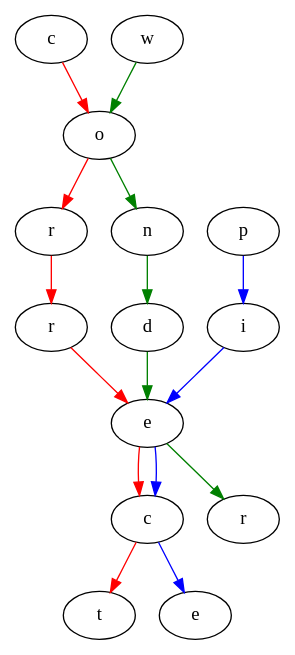
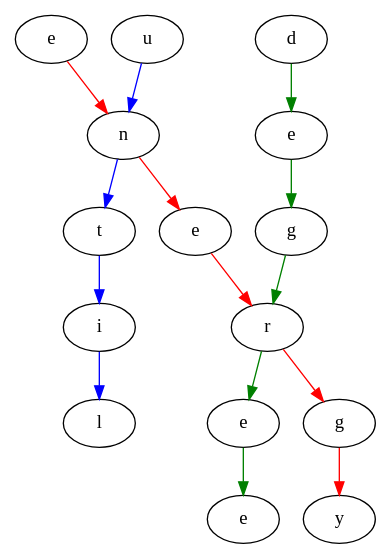
The diagram in generate_boards/Digraph.gv (MaxMcF/SwitchWords), drawn with Graphviz before and after one commit. The commit also changed 5 other files, not shown here.

```diff
--- a/generate_boards/Digraph.gv
+++ b/generate_boards/Digraph.gv
@@ -1,35 +1,33 @@
 digraph {
-	"c.a94aa447-4631-4d91-a078-b80f2ec21a9c" [label=c]
-	"o.db177d8e-3cf4-4e8c-8023-016a7ab269c9" [label=o]
-	"r.ca4af6cc-b1bc-4283-88be-fd1113e9d3c7" [label=r]
-	"r.4be05abc-5faf-46a9-a6c8-fe3fe1df8d4d" [label=r]
-	"e.24f025b6-8067-4d75-840d-851cdb6d9307" [label=e]
-	"c.a38530ea-ed0f-4f14-aa30-8a587fb360ef" [label=c]
-	"t.47f79e48-8621-49c5-a699-eb57141b8e4a" [label=t]
-	"c.a94aa447-4631-4d91-a078-b80f2ec21a9c" -> "o.db177d8e-3cf4-4e8c-8023-016a7ab269c9" [color=red]
-	"o.db177d8e-3cf4-4e8c-8023-016a7ab269c9" -> "r.ca4af6cc-b1bc-4283-88be-fd1113e9d3c7" [color=red]
-	"r.ca4af6cc-b1bc-4283-88be-fd1113e9d3c7" -> "r.4be05abc-5faf-46a9-a6c8-fe3fe1df8d4d" [color=red]
-	"r.4be05abc-5faf-46a9-a6c8-fe3fe1df8d4d" -> "e.24f025b6-8067-4d75-840d-851cdb6d9307" [color=red]
-	"e.24f025b6-8067-4d75-840d-851cdb6d9307" -> "c.a38530ea-ed0f-4f14-aa30-8a587fb360ef" [color=red]
-	"c.a38530ea-ed0f-4f14-aa30-8a587fb360ef" -> "t.47f79e48-8621-49c5-a699-eb57141b8e4a" [color=red]
-	"p.b0ee84e0-2495-4465-99ba-223a37bc65d3" [label=p]
-	"i.1dba173d-8dd7-434a-94a7-231f7c683614" [label=i]
-	"e.24f025b6-8067-4d75-840d-851cdb6d9307" [label=e]
-	"c.a38530ea-ed0f-4f14-aa30-8a587fb360ef" [label=c]
-	"e.779abad6-012b-49c8-a9b8-8d066bb9cc03" [label=e]
-	"p.b0ee84e0-2495-4465-99ba-223a37bc65d3" -> "i.1dba173d-8dd7-434a-94a7-231f7c683614" [color=blue]
-	"i.1dba173d-8dd7-434a-94a7-231f7c683614" -> "e.24f025b6-8067-4d75-840d-851cdb6d9307" [color=blue]
-	"e.24f025b6-8067-4d75-840d-851cdb6d9307" -> "c.a38530ea-ed0f-4f14-aa30-8a587fb360ef" [color=blue]
-	"c.a38530ea-ed0f-4f14-aa30-8a587fb360ef" -> "e.779abad6-012b-49c8-a9b8-8d066bb9cc03" [color=blue]
-	"w.718dcd15-4354-482c-82fb-417b1f5bb3fb" [label=w]
-	"o.db177d8e-3cf4-4e8c-8023-016a7ab269c9" [label=o]
-	"n.de133797-3267-4b71-ab41-ed4ac433a927" [label=n]
-	"d.89e7e875-c929-4ff1-9b5b-ae9b91ec76cd" [label=d]
-	"e.24f025b6-8067-4d75-840d-851cdb6d9307" [label=e]
-	"r.4a784a30-87ec-4074-bdd9-50972aabd5b0" [label=r]
-	"w.718dcd15-4354-482c-82fb-417b1f5bb3fb" -> "o.db177d8e-3cf4-4e8c-8023-016a7ab269c9" [color=green]
-	"o.db177d8e-3cf4-4e8c-8023-016a7ab269c9" -> "n.de133797-3267-4b71-ab41-ed4ac433a927" [color=green]
-	"n.de133797-3267-4b71-ab41-ed4ac433a927" -> "d.89e7e875-c929-4ff1-9b5b-ae9b91ec76cd" [color=green]
-	"d.89e7e875-c929-4ff1-9b5b-ae9b91ec76cd" -> "e.24f025b6-8067-4d75-840d-851cdb6d9307" [color=green]
-	"e.24f025b6-8067-4d75-840d-851cdb6d9307" -> "r.4a784a30-87ec-4074-bdd9-50972aabd5b0" [color=green]
+	"e.c12bad42-b6ec-4852-b729-36ad68b92ad0" [label=e]
+	"n.368cfc07-ce63-41d2-af9a-d7ecda0f89f2" [label=n]
+	"e.e0a910ac-4b4d-45c6-9164-efc8eba27be6" [label=e]
+	"r.d4f5bb45-9637-4d67-8d3d-6b11ee909e37" [label=r]
+	"g.6ac1ff69-0b51-46a5-b4f6-f8cc21ef5d5c" [label=g]
+	"y.0582cb01-5fe7-4668-b668-543248918a0e" [label=y]
+	"e.c12bad42-b6ec-4852-b729-36ad68b92ad0" -> "n.368cfc07-ce63-41d2-af9a-d7ecda0f89f2" [color=red]
+	"n.368cfc07-ce63-41d2-af9a-d7ecda0f89f2" -> "e.e0a910ac-4b4d-45c6-9164-efc8eba27be6" [color=red]
+	"e.e0a910ac-4b4d-45c6-9164-efc8eba27be6" -> "r.d4f5bb45-9637-4d67-8d3d-6b11ee909e37" [color=red]
+	"r.d4f5bb45-9637-4d67-8d3d-6b11ee909e37" -> "g.6ac1ff69-0b51-46a5-b4f6-f8cc21ef5d5c" [color=red]
+	"g.6ac1ff69-0b51-46a5-b4f6-f8cc21ef5d5c" -> "y.0582cb01-5fe7-4668-b668-543248918a0e" [color=red]
+	"u.aeba2729-eabe-4bcc-a43f-e88a38290f83" [label=u]
+	"n.368cfc07-ce63-41d2-af9a-d7ecda0f89f2" [label=n]
+	"t.ec8dd50e-8727-494d-b981-252e545480d6" [label=t]
+	"i.eccf6d8b-e45c-445a-b74a-b756c5b6292b" [label=i]
+	"l.d82e6d10-a9e3-4568-acd3-89bea0735293" [label=l]
+	"u.aeba2729-eabe-4bcc-a43f-e88a38290f83" -> "n.368cfc07-ce63-41d2-af9a-d7ecda0f89f2" [color=blue]
+	"n.368cfc07-ce63-41d2-af9a-d7ecda0f89f2" -> "t.ec8dd50e-8727-494d-b981-252e545480d6" [color=blue]
+	"t.ec8dd50e-8727-494d-b981-252e545480d6" -> "i.eccf6d8b-e45c-445a-b74a-b756c5b6292b" [color=blue]
+	"i.eccf6d8b-e45c-445a-b74a-b756c5b6292b" -> "l.d82e6d10-a9e3-4568-acd3-89bea0735293" [color=blue]
+	"d.d9664e88-e533-4b17-9c61-480a4edfa25d" [label=d]
+	"e.014056cd-545e-42c9-867d-aae7748872e2" [label=e]
+	"g.444b02d5-f29f-4e2a-93e9-9b9827317e82" [label=g]
+	"r.d4f5bb45-9637-4d67-8d3d-6b11ee909e37" [label=r]
+	"e.2475a2c9-e092-42df-8e7b-e9e9e7d010bc" [label=e]
+	"e.87c3df47-f0d7-4ea3-8ee0-f070f7100fc3" [label=e]
+	"d.d9664e88-e533-4b17-9c61-480a4edfa25d" -> "e.014056cd-545e-42c9-867d-aae7748872e2" [color=green]
+	"e.014056cd-545e-42c9-867d-aae7748872e2" -> "g.444b02d5-f29f-4e2a-93e9-9b9827317e82" [color=green]
+	"g.444b02d5-f29f-4e2a-93e9-9b9827317e82" -> "r.d4f5bb45-9637-4d67-8d3d-6b11ee909e37" [color=green]
+	"r.d4f5bb45-9637-4d67-8d3d-6b11ee909e37" -> "e.2475a2c9-e092-42df-8e7b-e9e9e7d010bc" [color=green]
+	"e.2475a2c9-e092-42df-8e7b-e9e9e7d010bc" -> "e.87c3df47-f0d7-4ea3-8ee0-f070f7100fc3" [color=green]
 }
```
